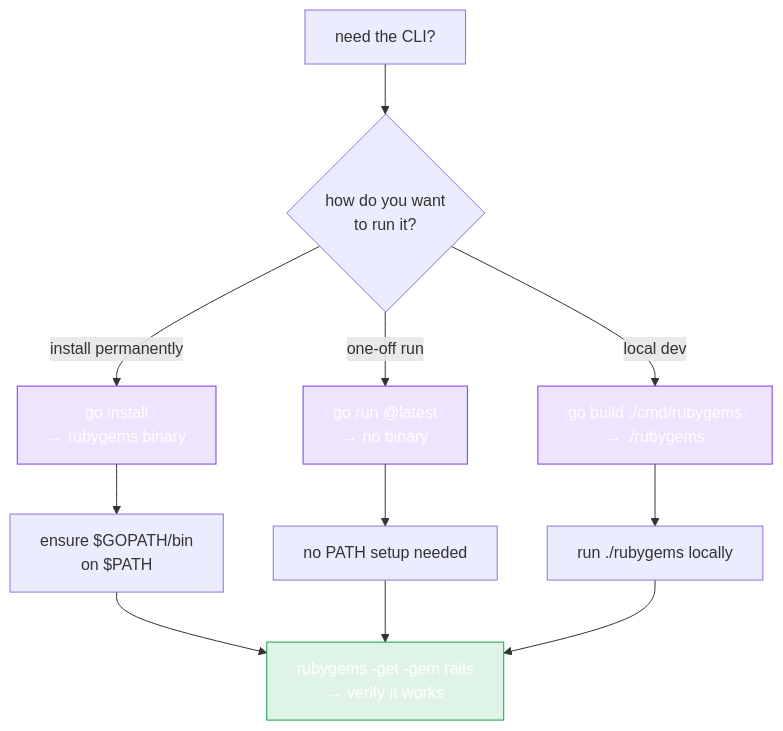
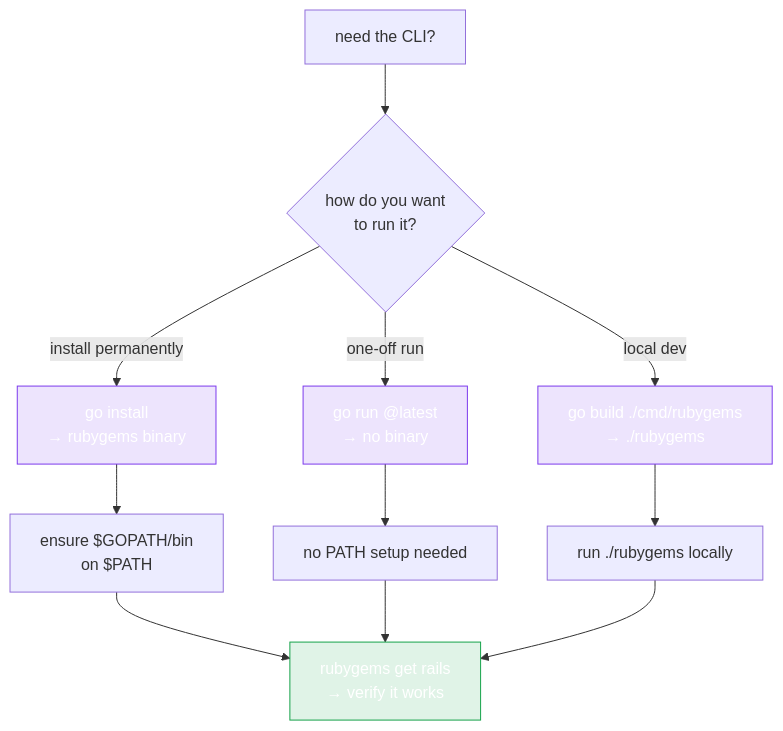
Before and after one commit to scagogogo/rubygems-skills: the diagram in website/docs/cli/install.md, drawn with Mermaid. The commit also changed other lines of this file and 17 other files, not shown here.

````diff
--- a/website/docs/cli/install.md
+++ b/website/docs/cli/install.md
@@ -5,16 +5,16 @@
 ```mermaid
 flowchart TD
     Need["need the CLI?"] --> Q{"how do you want\nto run it?"}
     Q -->|"install permanently"| GoInstall["go install\n→ rubygems binary"]
     Q -->|"one-off run"| GoRun["go run @latest\n→ no binary"]
     Q -->|"local dev"| Build["go build ./cmd/rubygems\n→ ./rubygems"]
     GoInstall --> Path["ensure $GOPATH/bin\non $PATH"]
     GoRun --> NoPath["no PATH setup needed"]
     Build --> Local["run ./rubygems locally"]
-    Path & NoPath & Local --> Verify["rubygems -get -gem rails\n→ verify it works"]
+    Path & NoPath & Local --> Verify["rubygems get rails\n→ verify it works"]
 
     classDef method fill:#7c3aed22,stroke:#7c3aed,color:#fff
     classDef ok fill:#16a34a22,stroke:#16a34a,color:#fff
     class GoInstall,GoRun,Build method
     class Verify ok
 ```
````
